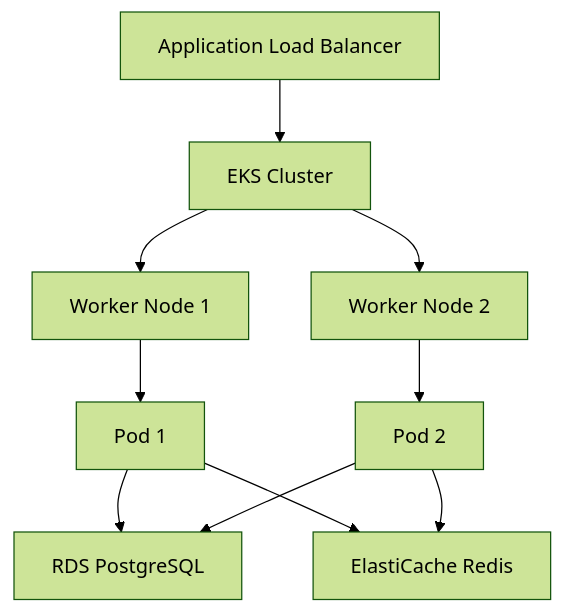
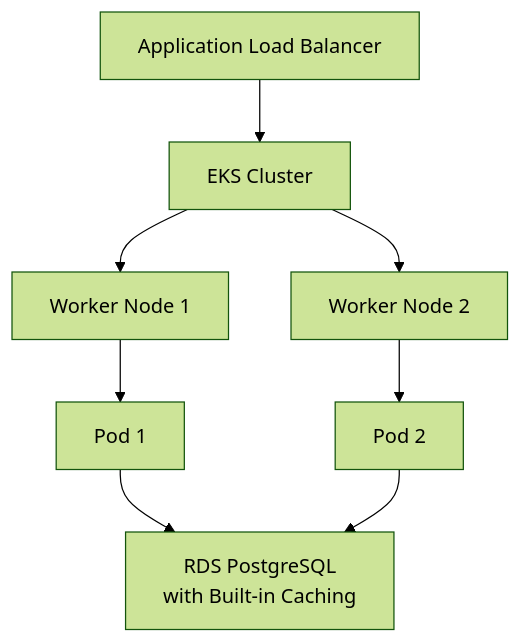
Before and after one commit to giventadeveloporg/event-site-manager-service: the third of 3 diagrams in src/main/resources/documentation/infrastructure_deployment/AWS_Deployment_Architecture_Guide_Updated.md, drawn with Mermaid (forest theme). The commit also changed other lines of this file and 30 other files, not shown here.

````diff
--- a/src/main/resources/documentation/infrastructure_deployment/AWS_Deployment_Architecture_Guide_Updated.md
+++ b/src/main/resources/documentation/infrastructure_deployment/AWS_Deployment_Architecture_Guide_Updated.md
@@ -74,21 +68,18 @@
 ```mermaid
 graph TB
     ALB[Application Load Balancer]
     EKS[EKS Cluster]
     NODE1[Worker Node 1]
     NODE2[Worker Node 2]
     POD1[Pod 1]
     POD2[Pod 2]
-    RDS[RDS PostgreSQL]
-    REDIS[ElastiCache Redis]
-    
+    RDS[RDS PostgreSQL<br/>with Built-in Caching]
+
     ALB --> EKS
     EKS --> NODE1
     EKS --> NODE2
     NODE1 --> POD1
     NODE2 --> POD2
     POD1 --> RDS
     POD2 --> RDS
-    POD1 --> REDIS
-    POD2 --> REDIS
 ```
````
